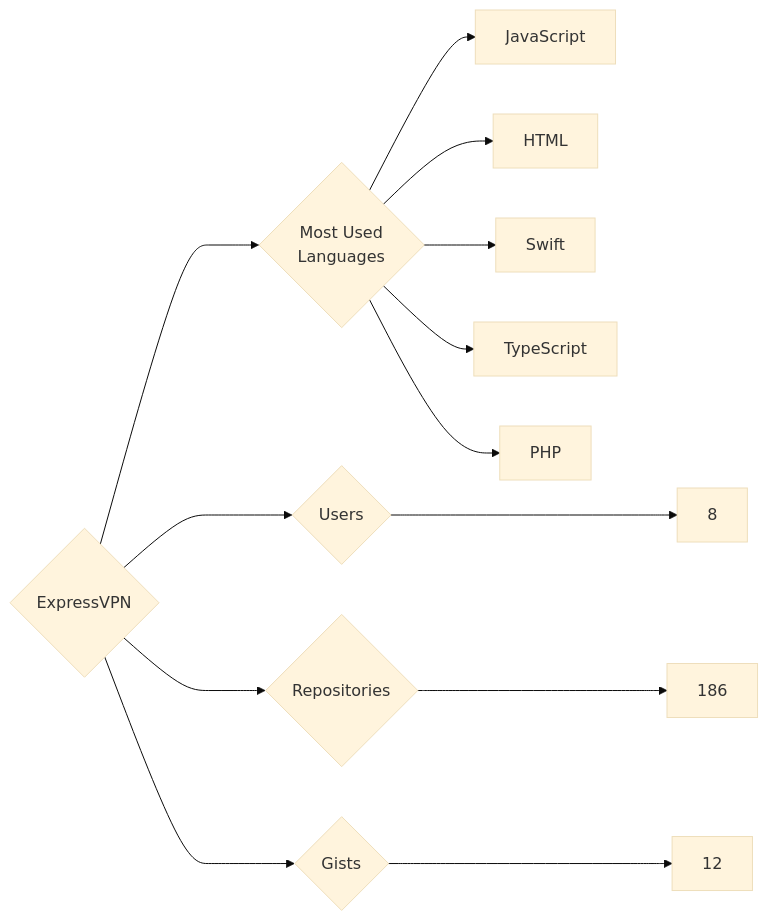
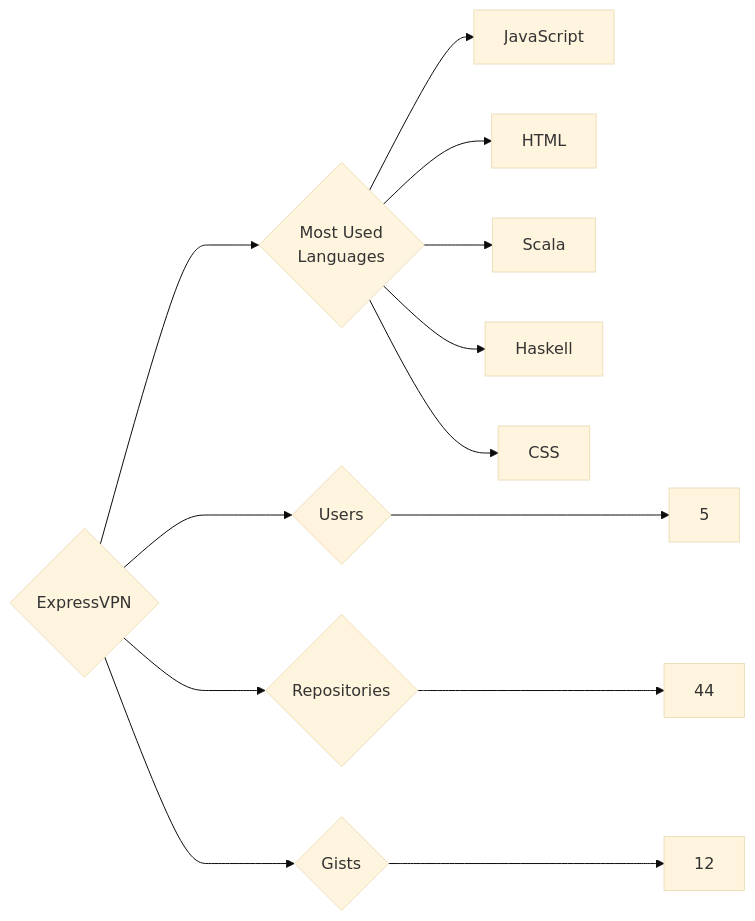
One commit to trickest/insiders changed the diagram in targets/ExpressVPN/README.md. Above: the diagram before and after it, drawn with Mermaid (base theme). The commit also changed 1020 other files, not shown here.

````diff
--- a/targets/ExpressVPN/README.md
+++ b/targets/ExpressVPN/README.md
@@ -3,13 +3,13 @@
 ```mermaid
 graph LR
 COMPANY_NAME{ExpressVPN}
-COMPANY_NAME ---> U{Users} ---> UN[8]
-COMPANY_NAME ---> R{Repositories} ---> RN[186]
+COMPANY_NAME ---> U{Users} ---> UN[5]
+COMPANY_NAME ---> R{Repositories} ---> RN[44]
 COMPANY_NAME ---> G{Gists} ---> GN[12]
 COMPANY_NAME ---> ML{Most Used<br>Languages}
 ML --> JavaScript[JavaScript]
 ML --> HTML[HTML]
-ML --> Swift[Swift]
-ML --> TypeScript[TypeScript]
-ML --> PHP[PHP]
+ML --> Scala[Scala]
+ML --> Haskell[Haskell]
+ML --> CSS[CSS]
 ```
````
